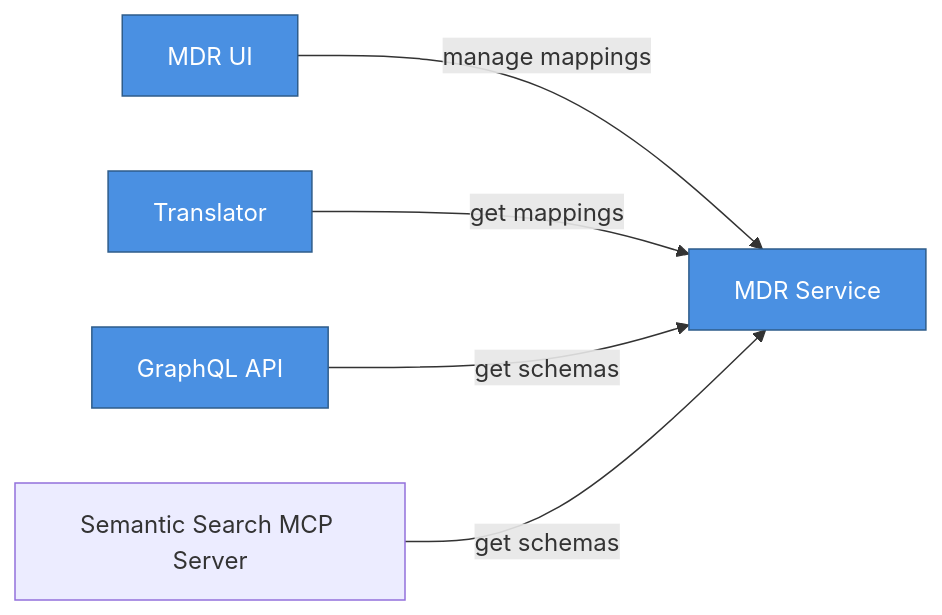
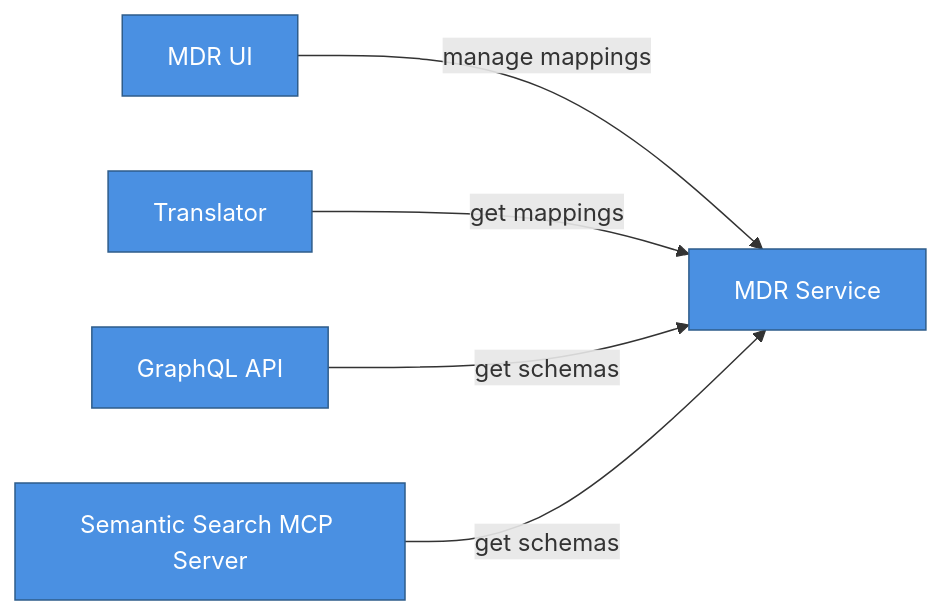
One commit to LIF-Initiative/lif-core changed the fifth of 16 diagrams in docs/lif_services_overview.md. Above: the diagram before and after it, drawn with Mermaid.

Commit message:
docs: update MDR Service diagram

````diff
--- a/docs/lif_services_overview.md
+++ b/docs/lif_services_overview.md
@@ -214,17 +214,17 @@
 ```mermaid
 graph LR
     MDRUI[MDR UI]
     MDR[MDR Service]
     Trans[Translator]
     GQL[GraphQL API]
     MCP[Semantic Search MCP Server]
  
     MDRUI -->|manage mappings| MDR
     Trans -->|get mappings| MDR
     GQL -->|get schemas| MDR
     MCP -->|get schemas| MDR
     
     classDef coreStyle fill:#4A90E2,stroke:#2E5C8A,color:#fff
     
-    class MDRUI,MDR,Trans,GQL coreStyle
+    class MDRUI,MDR,Trans,GQL,MCP coreStyle
 ```
````
